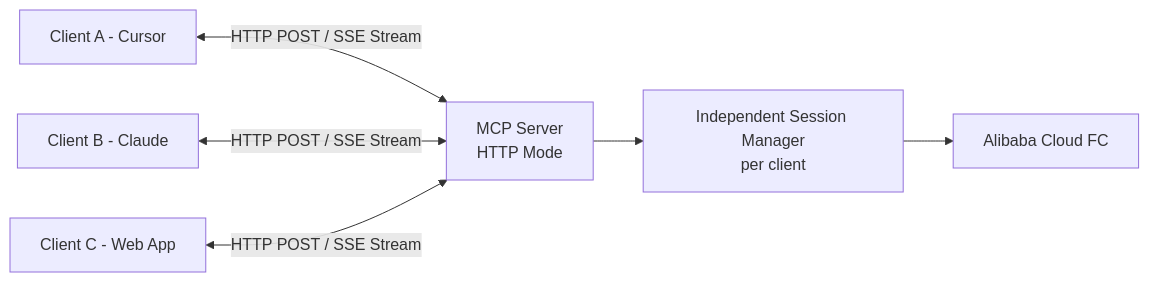
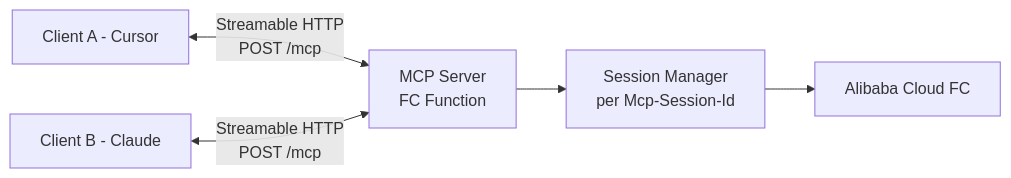
Before and after one commit to Easy-Sandbox/easy-sandbox: the fourth of 6 diagrams in docs/en/design/mcp-server.md, drawn with Mermaid. The commit also changed other lines of this file and 357 other files, not shown here.

````diff
--- a/docs/en/design/mcp-server.md
+++ b/docs/en/design/mcp-server.md
@@ -275,8 +277,7 @@
 ```mermaid
 graph LR
-    A["Client A - Cursor"] <-->|"HTTP POST / SSE Stream"| MCP["MCP Server<br/>HTTP Mode"]
-    B["Client B - Claude"] <-->|"HTTP POST / SSE Stream"| MCP
-    C["Client C - Web App"] <-->|"HTTP POST / SSE Stream"| MCP
-    MCP --> SM["Independent Session Manager<br/>per client"]
+    A["Client A - Cursor"] <-->|"Streamable HTTP<br/>POST /mcp"| MCP["MCP Server<br/>FC Function"]
+    B["Client B - Claude"] <-->|"Streamable HTTP<br/>POST /mcp"| MCP
+    MCP --> SM["Session Manager<br/>per Mcp-Session-Id"]
     SM --> FC[Alibaba Cloud FC]
 ```
````
